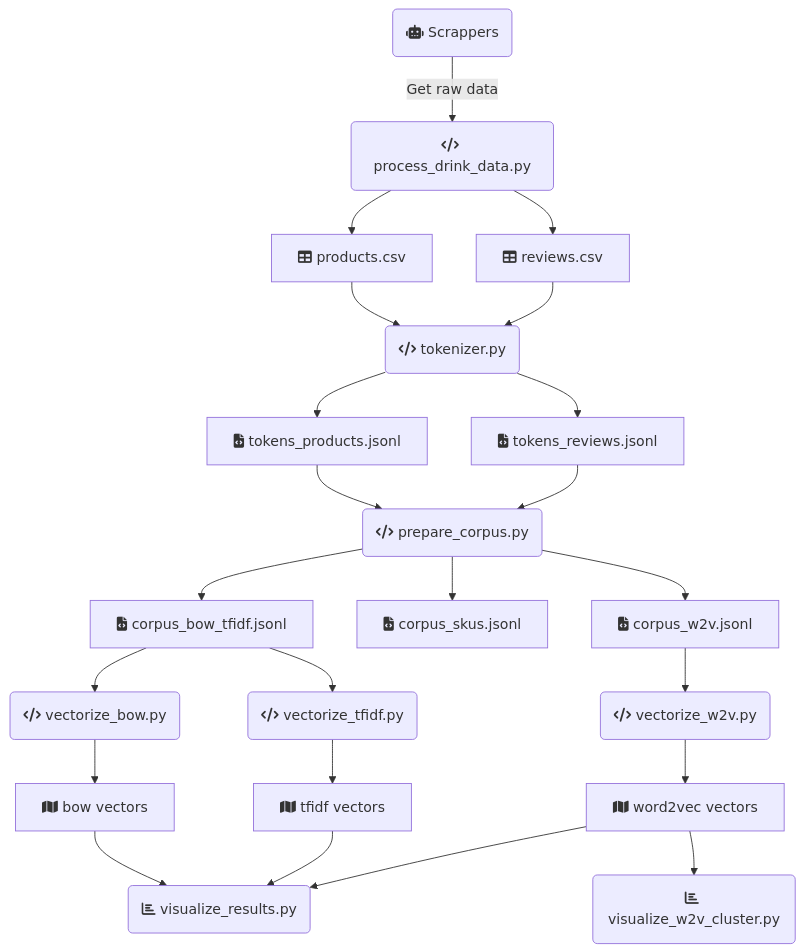
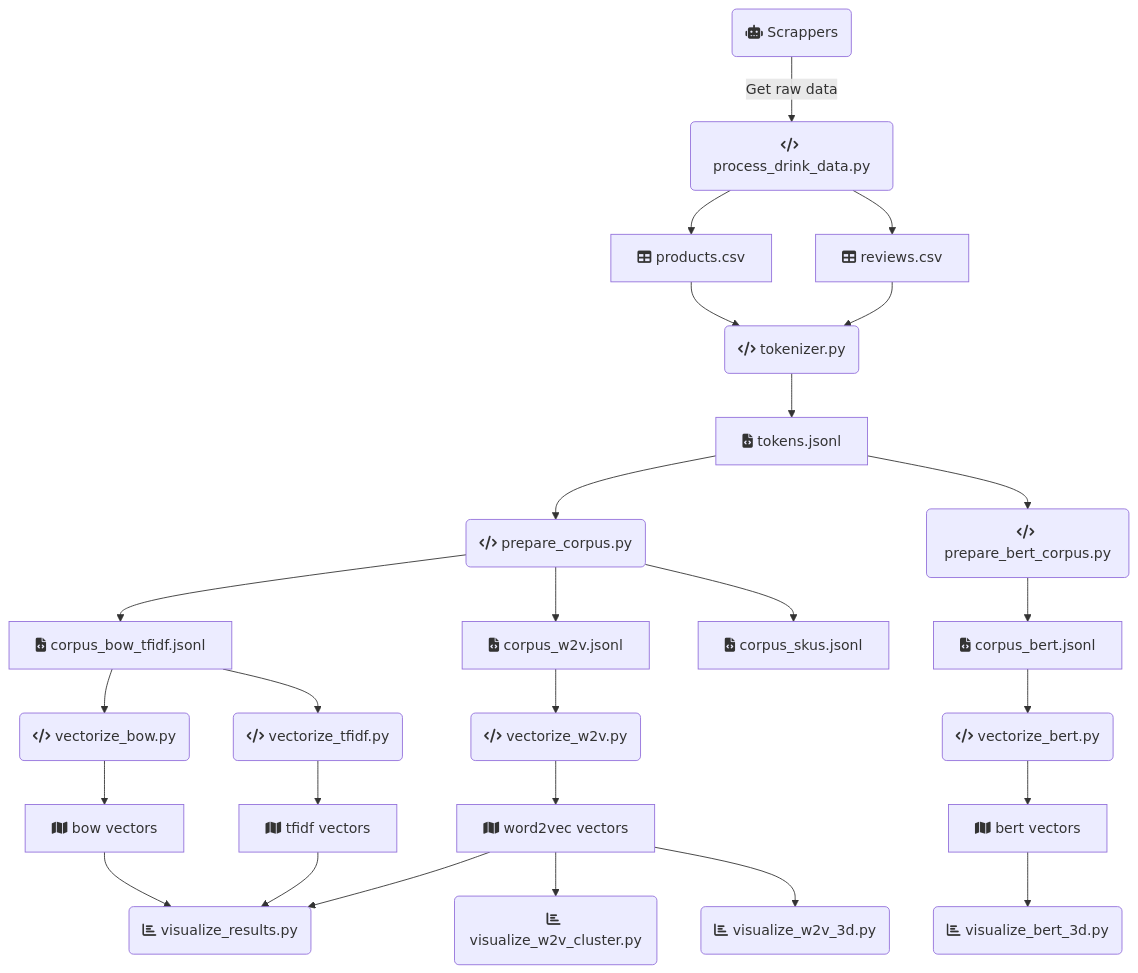
One commit to nzimermann/PLN261-ProcessamentoLinguagemNatural changed the diagram in README.md. Above: the diagram before and after it, drawn with Mermaid. The commit also changed other lines of this file, not shown here.

````diff
--- a/README.md
+++ b/README.md
@@ -8,25 +8,29 @@
 ```mermaid
 flowchart TD
     A(fa:fa-robot Scrappers) -->|Get raw data| B(fa:fa-code process_drink_data.py)
     B --> C[fa:fa-table products.csv]
     B --> D[fa:fa-table reviews.csv]
     C --> E(fa:fa-code tokenizer.py)
     D --> E
-    E --> F[fa:fa-file-code tokens_products.jsonl]
-    E --> G[fa:fa-file-code tokens_reviews.jsonl]
+    E --> F[fa:fa-file-code tokens.jsonl]
     F --> H(fa:fa-code prepare_corpus.py)
-    G --> H
+    F --> T(fa:fa-code prepare_bert_corpus.py)
+    T --> G[fa:fa-file-code corpus_bert.jsonl]
     H --> I[fa:fa-file-code corpus_bow_tfidf.jsonl]
     H --> J[fa:fa-file-code corpus_skus.jsonl]
     H --> K[fa:fa-file-code corpus_w2v.jsonl]
+    G --> U(fa:fa-code vectorize_bert.py)
     I --> L(fa:fa-code vectorize_bow.py)
     I --> M(fa:fa-code vectorize_tfidf.py)
     K --> N(fa:fa-code vectorize_w2v.py)
     L --> O[fa:fa-map bow vectors]
     M --> P[fa:fa-map tfidf vectors]
     N --> Q[fa:fa-map word2vec vectors]
+    U --> V[fa:fa-map bert vectors]
     O --> R(fa:fa-bar-chart visualize_results.py)
     P --> R
     Q --> R
     Q --> S(fa:fa-bar-chart visualize_w2v_cluster.py)
+    Q --> W(fa:fa-bar-chart visualize_w2v_3d.py)
+    V --> X(fa:fa-bar-chart visualize_bert_3d.py)
 ```
````
